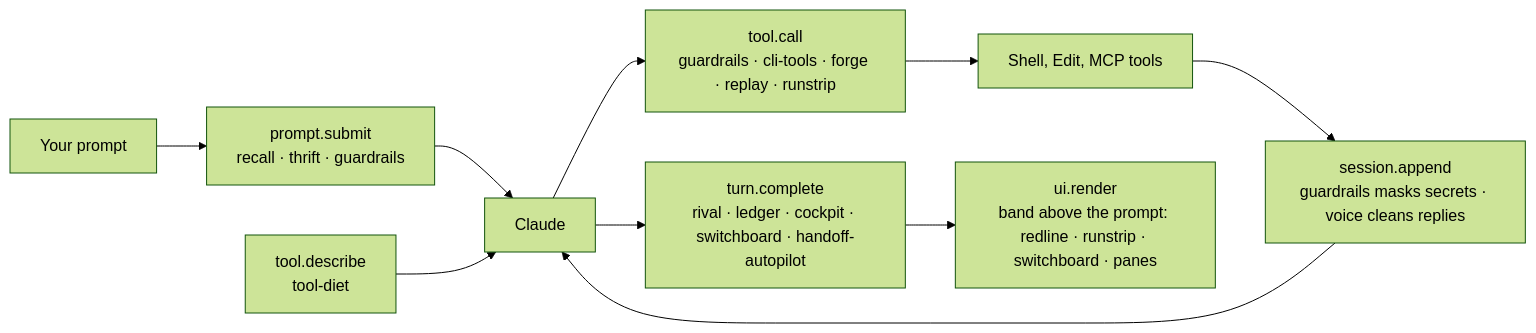
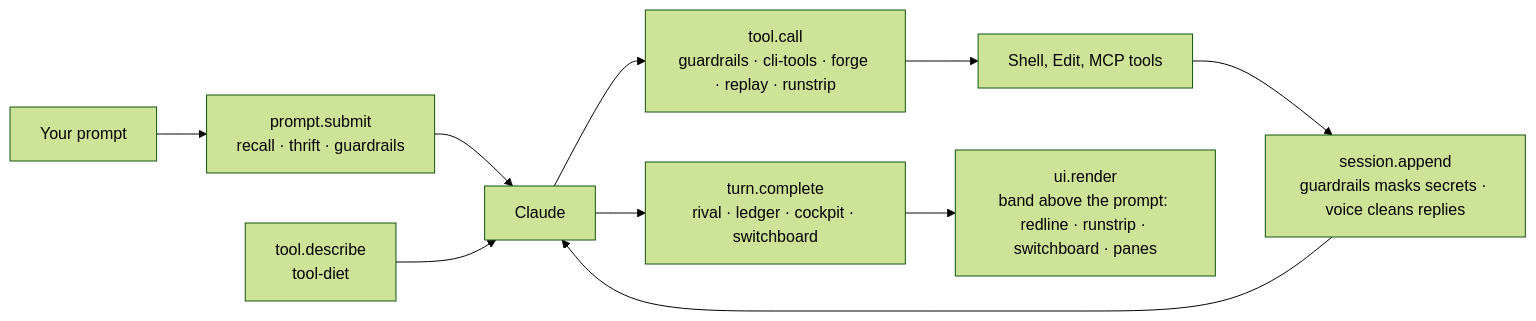
One commit to Egoushka/claude-mods changed the diagram in README.md. Above: the diagram before and after it, drawn with Mermaid (forest theme). The commit also changed other lines of this file and 12 other files, not shown here.

First line of the commit message:
remove handoff-autopilot; drop thrift's Hand off button (#29)

````diff
--- a/README.md
+++ b/README.md
@@ -16,12 +16,12 @@
 ```mermaid
 flowchart LR
   you[Your prompt] --> ps[prompt.submit<br/>recall · thrift · guardrails]
   ps --> model[Claude]
   td[tool.describe<br/>tool-diet] --> model
   model --> tc[tool.call<br/>guardrails · cli-tools · forge · replay · runstrip]
   tc --> tool[Shell, Edit, MCP tools]
   tool --> sa[session.append<br/>guardrails masks secrets · voice cleans replies]
   sa --> model
-  model --> tcomp[turn.complete<br/>rival · ledger · cockpit · switchboard · handoff-autopilot]
+  model --> tcomp[turn.complete<br/>rival · ledger · cockpit · switchboard]
   tcomp --> ui[ui.render<br/>band above the prompt: redline · runstrip · switchboard · panes]
 ```
````
